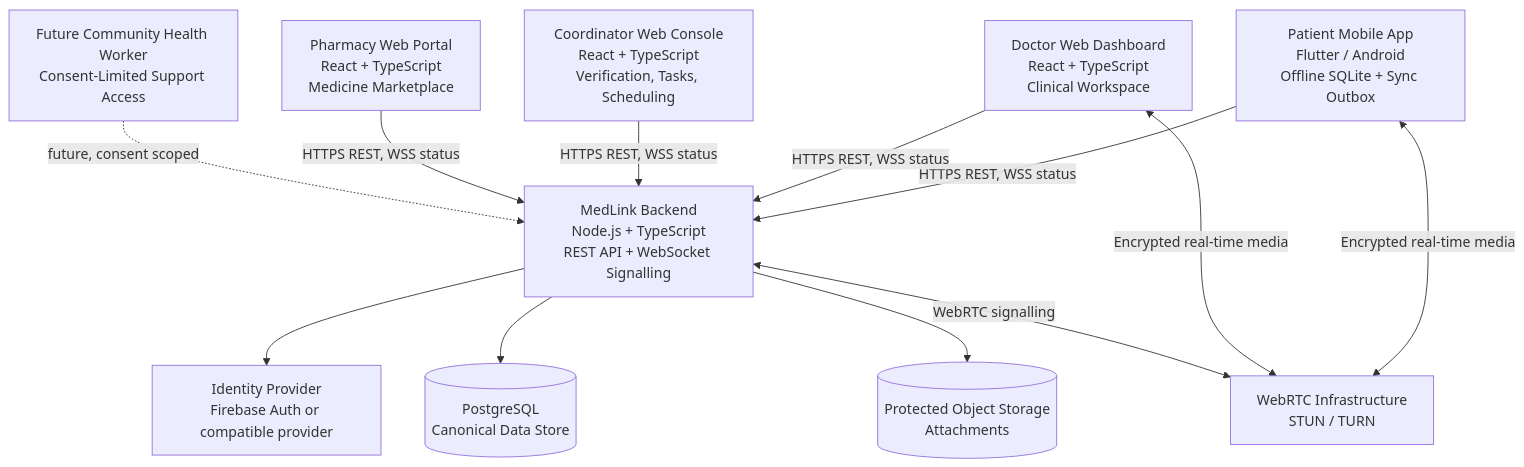
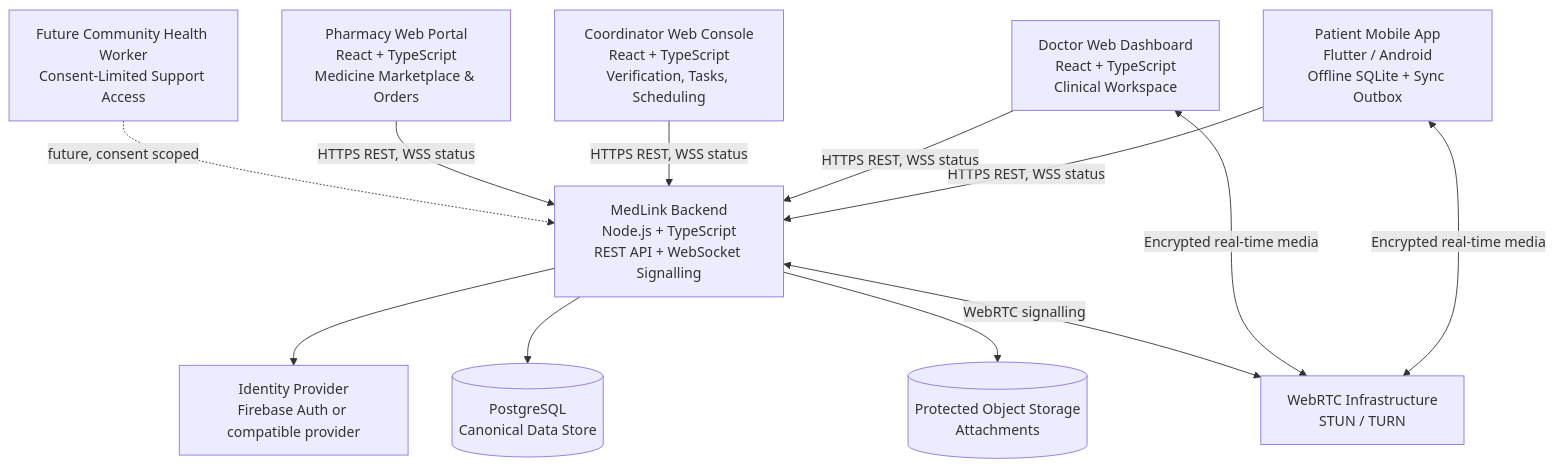
One commit to abhijeetnardele24-hash/medlink changed the first of 5 diagrams in README.md. Above: the diagram before and after it, drawn with Mermaid. The commit also changed other lines of this file and 4 other files, not shown here.

````diff
--- a/README.md
+++ b/README.md
@@ -50,26 +50,26 @@
 ```mermaid
 flowchart TB
     P[Patient Mobile App<br/>Flutter / Android<br/>Offline SQLite + Sync Outbox]
     D[Doctor Web Dashboard<br/>React + TypeScript<br/>Clinical Workspace]
     C[Coordinator Web Console<br/>React + TypeScript<br/>Verification, Tasks, Scheduling]
-    PH[Pharmacy Web Portal<br/>React + TypeScript<br/>Medicine Marketplace]
+    PH[Pharmacy Web Portal<br/>React + TypeScript<br/>Medicine Marketplace & Orders]
     F[Future Community Health Worker<br/>Consent-Limited Support Access]
 
     API[MedLink Backend<br/>Node.js + TypeScript<br/>REST API + WebSocket Signalling]
     AUTH[Identity Provider<br/>Firebase Auth or compatible provider]
     DB[(PostgreSQL<br/>Canonical Data Store)]
     STORE[(Protected Object Storage<br/>Attachments)]
     RTC[WebRTC Infrastructure<br/>STUN / TURN]
 
     P -->|HTTPS REST, WSS status| API
     D -->|HTTPS REST, WSS status| API
     C -->|HTTPS REST, WSS status| API
     PH -->|HTTPS REST, WSS status| API
     F -. future, consent scoped .-> API
     API --> AUTH
     API --> DB
     API --> STORE
     P <-->|Encrypted real-time media| RTC
     D <-->|Encrypted real-time media| RTC
     API <-->|WebRTC signalling| RTC
 ```
````
